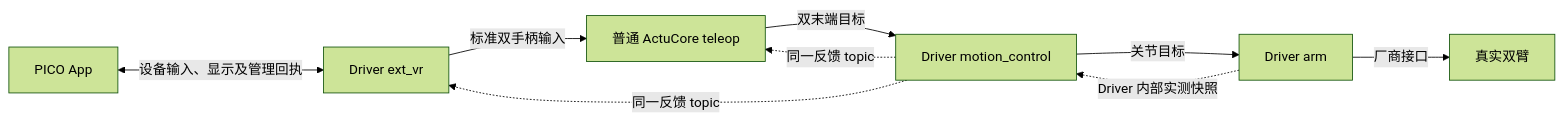
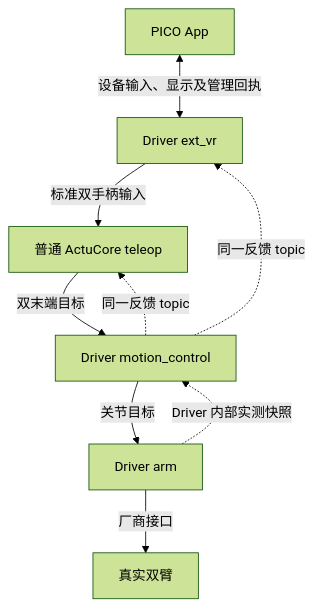
Before and after one commit to 4paradigm/phanthymotus: the diagram in docs/plans/teleop-four-card-contract.md, drawn with Mermaid (forest theme). The commit also changed other lines of this file, not shown here.

Commit message:
docs(teleop): cross-link card PRs and clarify diagrams

````diff
--- a/docs/plans/teleop-four-card-contract.md
+++ b/docs/plans/teleop-four-card-contract.md
@@ -9,11 +11,11 @@
 ```mermaid
-flowchart LR
+flowchart TD
     P[PICO App] <-->|设备输入、显示及管理回执| E[Driver ext_vr]
     E -->|标准双手柄输入| T[普通 ActuCore teleop]
     T -->|双末端目标| M[Driver motion_control]
     M -->|关节目标| A[Driver arm]
     A -->|厂商接口| R[真实双臂]
     A -.->|Driver 内部实测快照| M
     M -.->|同一反馈 topic| T
     M -.->|同一反馈 topic| E
 ```
````
